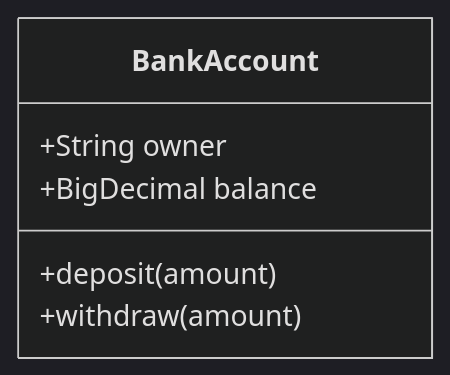
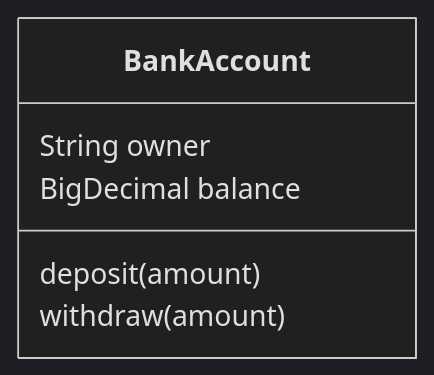
One commit to lamzi-com/mermaid-java-dsl changed the diagram in README.md. Above: the diagram before and after it, drawn with Mermaid (dark theme). The commit also changed other lines of this file and 1 other file, not shown here.

````diff
--- a/README.md
+++ b/README.md
@@ -26,10 +39,9 @@
 ```mermaid
 classDiagram
-
-class BankAccount {
-    +String owner
-    +BigDecimal balance
-    +deposit(amount)
-    +withdraw(amount)
-}
+    class BankAccount {
+        String owner
+        BigDecimal balance
+        deposit(amount)
+        withdraw(amount)
+    }
 ```
````
